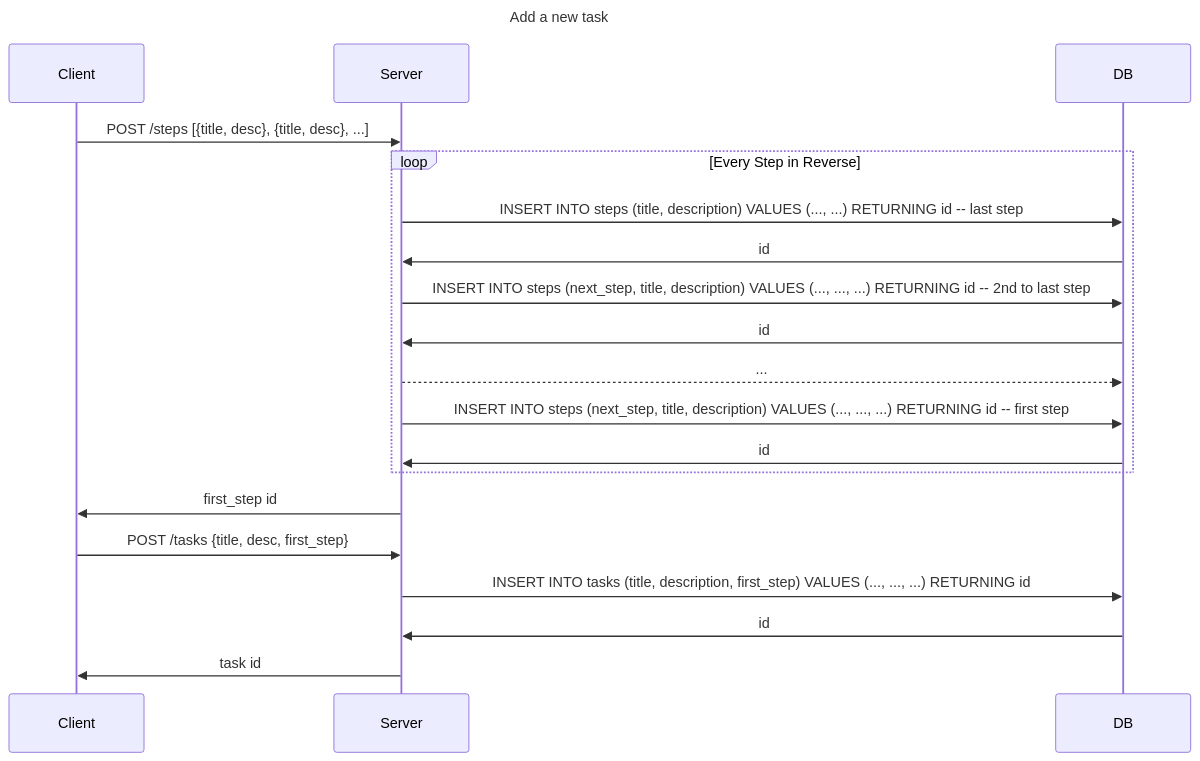
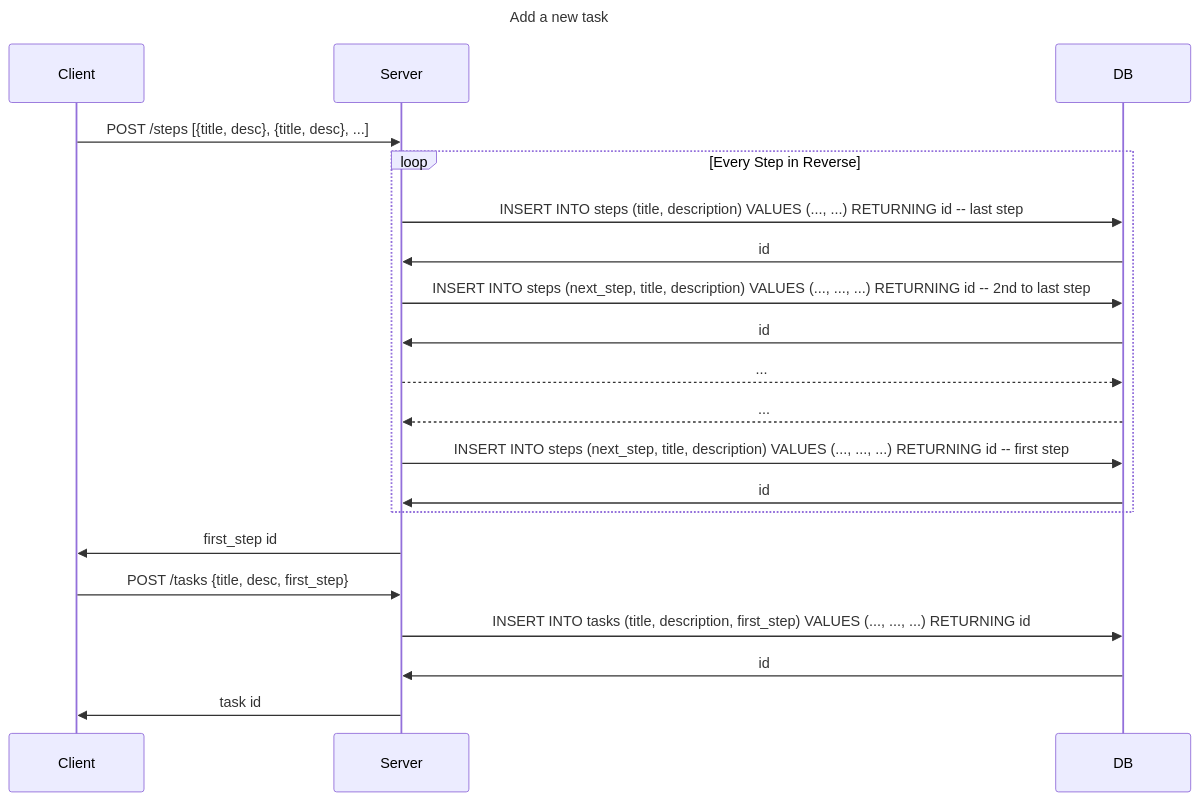
One commit to athanclark/client-server-express changed the fourth of 4 diagrams in README.md. Above: the diagram before and after it, drawn with Mermaid. The commit also changed other lines of this file, not shown here.

Commit message:
fixing diagrams

````diff
--- a/README.md
+++ b/README.md
@@ -119,21 +120,22 @@
 ```mermaid
 ---
 title: Add a new task
 ---
 sequenceDiagram
     Client->>Server: POST /steps [{title, desc}, {title, desc}, ...]
     loop Every Step in Reverse
       Server->>DB: INSERT INTO steps (title, description) VALUES (..., ...) RETURNING id -- last step
       DB->>Server: id
       Server->>DB: INSERT INTO steps (next_step, title, description) VALUES (..., ..., ...) RETURNING id -- 2nd to last step
       DB->>Server: id
       Server-->>DB: ...
+      DB-->>Server: ...
       Server->>DB: INSERT INTO steps (next_step, title, description) VALUES (..., ..., ...) RETURNING id -- first step
       DB->>Server: id
     end
     Server->>Client: first_step id
     Client->>Server: POST /tasks {title, desc, first_step}
     Server->>DB: INSERT INTO tasks (title, description, first_step) VALUES (..., ..., ...) RETURNING id
     DB->>Server: id
     Server->>Client: task id
 ```
````
